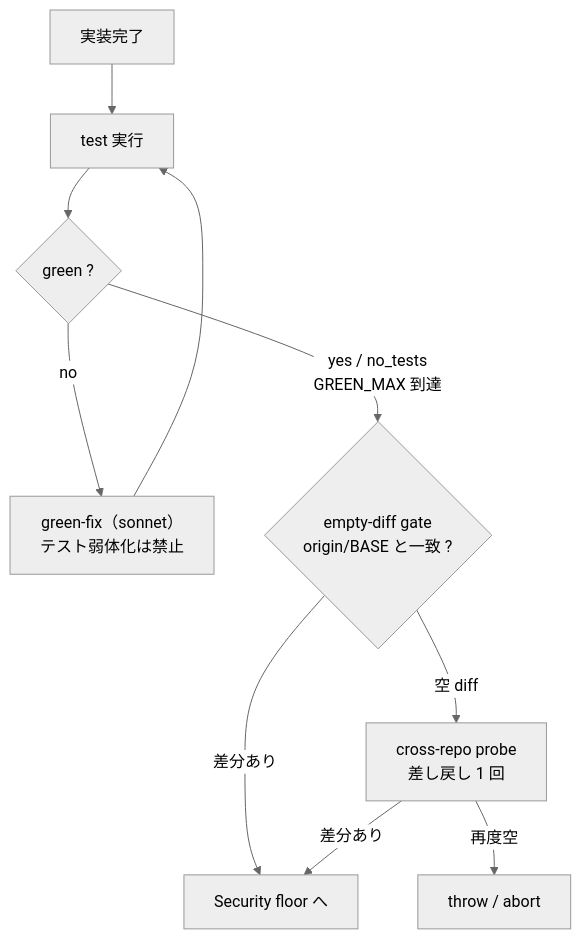
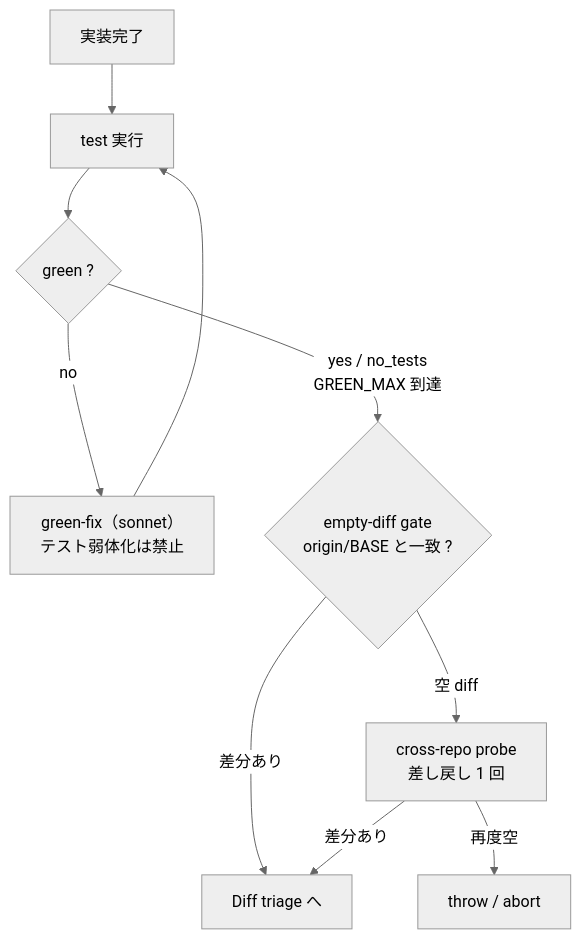
One commit to it-all-playpark/claude-plugins changed the fifth of 13 diagrams in docs/dev-flow-atlas.md. Above: the diagram before and after it, drawn with Mermaid (neutral theme). The commit also changed other lines of this file and 67 other files, not shown here.

First line of the commit message:
refactor(dev-flow): Security floor を Diff triage に改名し、secfloor の識別子を diff-triage に揃える (#1120) (#1129)

````diff
--- a/docs/dev-flow-atlas.md
+++ b/docs/dev-flow-atlas.md
@@ -151,12 +151,12 @@
 ```mermaid
 flowchart TD
     IN["実装完了"] --> V1["test 実行"]
     V1 --> V2{"green ?"}
     V2 -->|no| V3["green-fix（sonnet）<br/>テスト弱体化は禁止"]
     V3 --> V1
     V2 -->|"yes / no_tests<br/>GREEN_MAX 到達"| V4{"empty-diff gate<br/>origin/BASE と一致 ?"}
-    V4 -->|"差分あり"| OUT["Security floor へ"]
+    V4 -->|"差分あり"| OUT["Diff triage へ"]
     V4 -->|"空 diff"| V5["cross-repo probe<br/>差し戻し 1 回"]
     V5 -->|"差分あり"| OUT
     V5 -->|"再度空"| AB["throw / abort"]
 ```
````
